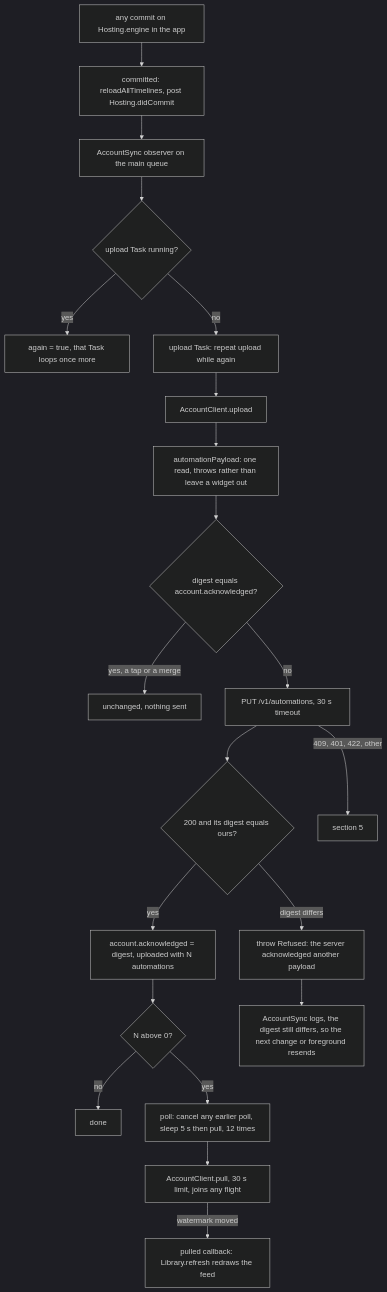
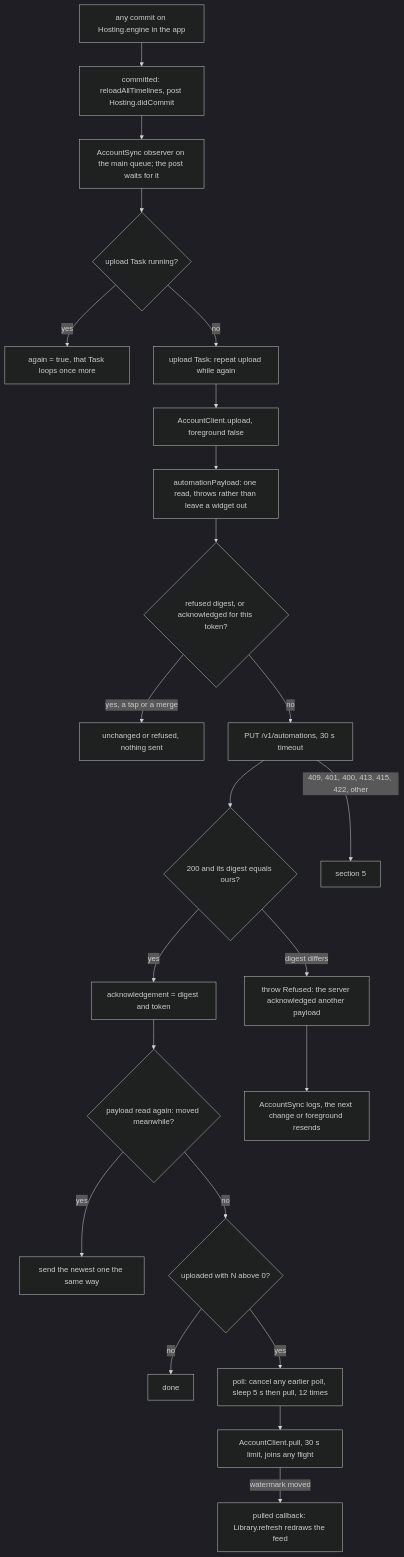
Before and after one commit to Krutik460/Widgie: the second of 5 diagrams in docs/pr/26-phase-3-p4-app.md, drawn with Mermaid (dark theme). The commit also changed other lines of this file and 1 other file, not shown here.

````diff
--- a/docs/pr/26-phase-3-p4-app.md
+++ b/docs/pr/26-phase-3-p4-app.md
@@ -93,23 +103,25 @@
 ```mermaid
 flowchart TD
   W["any commit on Hosting.engine in the app"] --> HOOK["committed: reloadAllTimelines, post Hosting.didCommit"]
-  HOOK --> OBS["AccountSync observer on the main queue"]
+  HOOK --> OBS["AccountSync observer on the main queue; the post waits for it"]
   OBS --> CH{"upload Task running?"}
   CH -->|"yes"| AGAIN["again = true, that Task loops once more"]
   CH -->|"no"| TASK["upload Task: repeat upload while again"]
-  TASK --> UP["AccountClient.upload"]
+  TASK --> UP["AccountClient.upload, foreground false"]
   UP --> PAY["automationPayload: one read, throws rather than leave a widget out"]
-  PAY --> SAME{"digest equals account.acknowledged?"}
-  SAME -->|"yes, a tap or a merge"| NOOP["unchanged, nothing sent"]
+  PAY --> SAME{"refused digest, or acknowledged for this token?"}
+  SAME -->|"yes, a tap or a merge"| NOOP["unchanged or refused, nothing sent"]
   SAME -->|"no"| PUT["PUT /v1/automations, 30 s timeout"]
   PUT --> R200{"200 and its digest equals ours?"}
-  R200 -->|"yes"| ACK["account.acknowledged = digest, uploaded with N automations"]
+  R200 -->|"yes"| ACK["acknowledgement = digest and token"]
   R200 -->|"digest differs"| THROW["throw Refused: the server acknowledged another payload"]
-  PUT -->|"409, 401, 422, other"| S5["section 5"]
-  ACK --> N{"N above 0?"}
+  ACK --> LATEST{"payload read again: moved meanwhile?"}
+  LATEST -->|"yes"| UP2["send the newest one the same way"]
+  LATEST -->|"no"| N{"uploaded with N above 0?"}
+  PUT -->|"409, 401, 400, 413, 415, 422, other"| S5["section 5"]
   N -->|"no"| DONE["done"]
   N -->|"yes"| POLL["poll: cancel any earlier poll, sleep 5 s then pull, 12 times"]
   POLL --> PULL["AccountClient.pull, 30 s limit, joins any flight"]
   PULL -->|"watermark moved"| REF["pulled callback: Library.refresh redraws the feed"]
-  THROW --> LOG["AccountSync logs, the digest still differs, so the next change or foreground resends"]
+  THROW --> LOG["AccountSync logs, the next change or foreground resends"]
 ```
````
